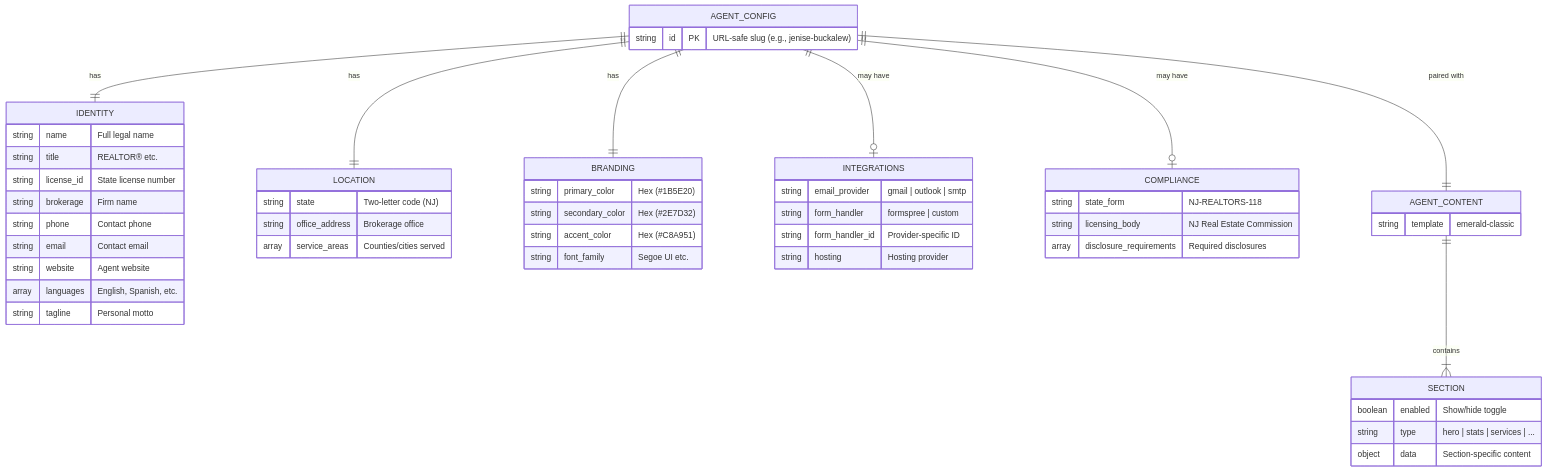
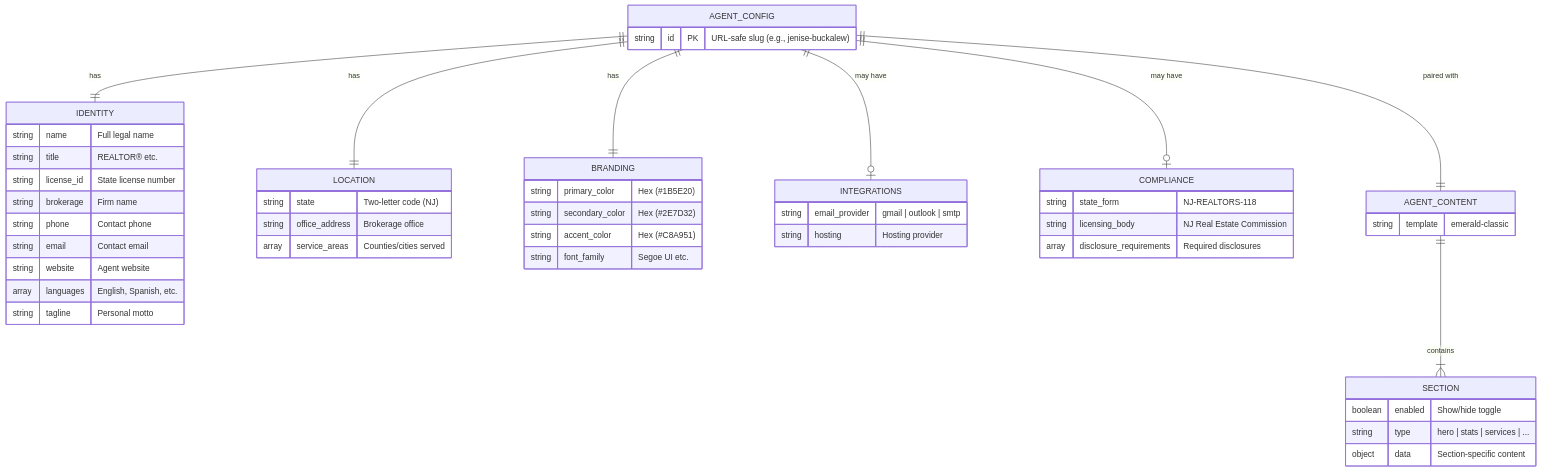
Before and after one commit to edward-rosado/jenisesells-website: the first of 3 diagrams in docs/architecture/data-model.md, drawn with Mermaid. The commit also changed 34 other files, not shown here.

First line of the commit message:
feat: consolidate CMA form submission into packages/ui, remove Formspree

````diff
--- a/docs/architecture/data-model.md
+++ b/docs/architecture/data-model.md
@@ -5,62 +5,60 @@
 ```mermaid
 erDiagram
     AGENT_CONFIG ||--|| IDENTITY : has
     AGENT_CONFIG ||--|| LOCATION : has
     AGENT_CONFIG ||--|| BRANDING : has
     AGENT_CONFIG ||--o| INTEGRATIONS : "may have"
     AGENT_CONFIG ||--o| COMPLIANCE : "may have"
     AGENT_CONFIG ||--|| AGENT_CONTENT : "paired with"
     AGENT_CONTENT ||--|{ SECTION : contains
 
     AGENT_CONFIG {
         string id PK "URL-safe slug (e.g., jenise-buckalew)"
     }
 
     IDENTITY {
         string name "Full legal name"
         string title "REALTOR® etc."
         string license_id "State license number"
         string brokerage "Firm name"
         string phone "Contact phone"
         string email "Contact email"
         string website "Agent website"
         array languages "English, Spanish, etc."
         string tagline "Personal motto"
     }
 
     LOCATION {
         string state "Two-letter code (NJ)"
         string office_address "Brokerage office"
         array service_areas "Counties/cities served"
     }
 
     BRANDING {
         string primary_color "Hex (#1B5E20)"
         string secondary_color "Hex (#2E7D32)"
         string accent_color "Hex (#C8A951)"
         string font_family "Segoe UI etc."
     }
 
     INTEGRATIONS {
         string email_provider "gmail | outlook | smtp"
-        string form_handler "formspree | custom"
-        string form_handler_id "Provider-specific ID"
         string hosting "Hosting provider"
     }
 
     COMPLIANCE {
         string state_form "NJ-REALTORS-118"
         string licensing_body "NJ Real Estate Commission"
         array disclosure_requirements "Required disclosures"
     }
 
     AGENT_CONTENT {
         string template "emerald-classic"
     }
 
     SECTION {
         boolean enabled "Show/hide toggle"
         string type "hero | stats | services | ..."
         object data "Section-specific content"
     }
 ```
````
